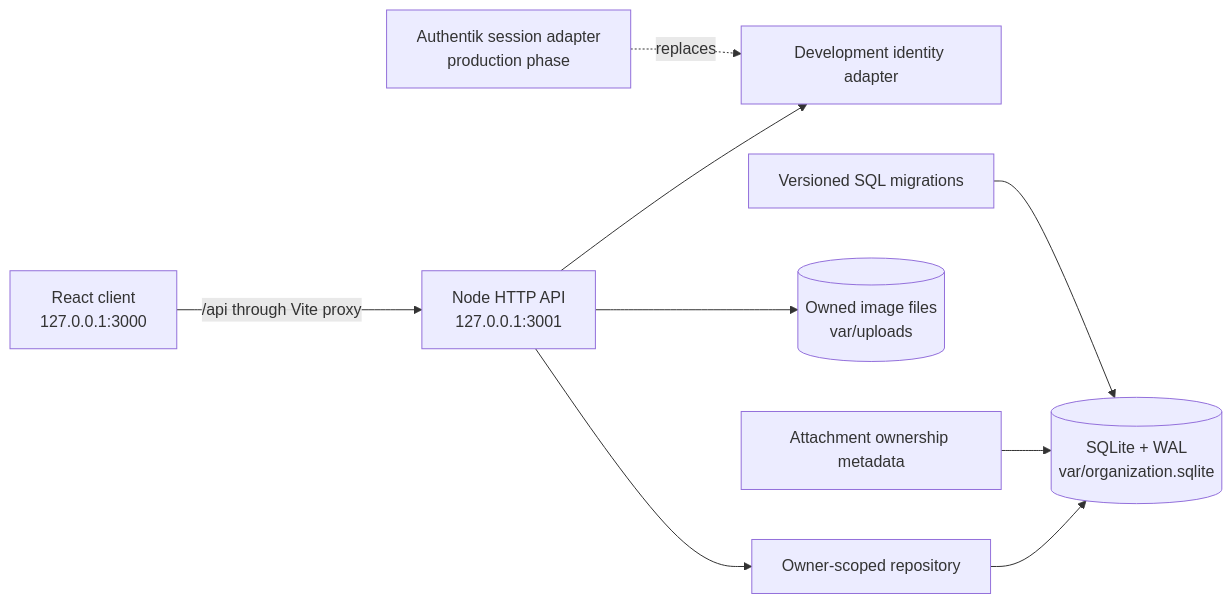
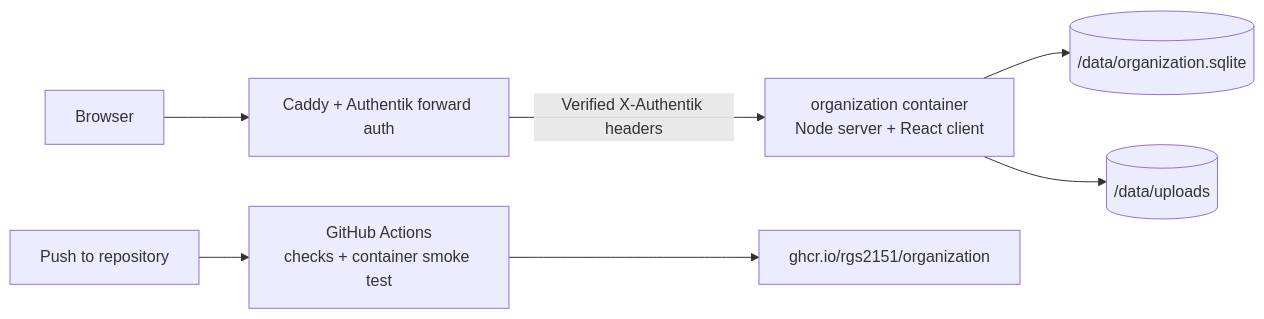
One commit to rgs2151/organization changed the diagram in README.md. Above: the diagram before and after it, drawn with Mermaid. The commit also changed other lines of this file and 18 other files, not shown here.

````diff
--- a/README.md
+++ b/README.md
@@ -21,11 +21,9 @@
 ```mermaid
 flowchart LR
-    Browser["React client\n127.0.0.1:3000"] -->|"/api through Vite proxy"| API["Node HTTP API\n127.0.0.1:3001"]
-    API --> Identity["Development identity adapter"]
-    API --> Repository["Owner-scoped repository"]
-    Repository --> SQLite[("SQLite + WAL\nvar/organization.sqlite")]
-    API --> Media[("Owned image files\nvar/uploads")]
-    MediaMeta["Attachment ownership metadata"] --> SQLite
-    Migrations["Versioned SQL migrations"] --> SQLite
-    Authentik["Authentik session adapter\nproduction phase"] -. replaces .-> Identity
+    Browser["Browser"] --> Gateway["Caddy + Authentik forward auth"]
+    Gateway -->|"Verified X-Authentik headers"| App["organization container\nNode server + React client"]
+    App --> SQLite[("/data/organization.sqlite")]
+    App --> Uploads[("/data/uploads")]
+    GitHub["Push to repository"] --> Actions["GitHub Actions\nchecks + container smoke test"]
+    Actions --> GHCR["ghcr.io/rgs2151/organization"]
 ```
````
